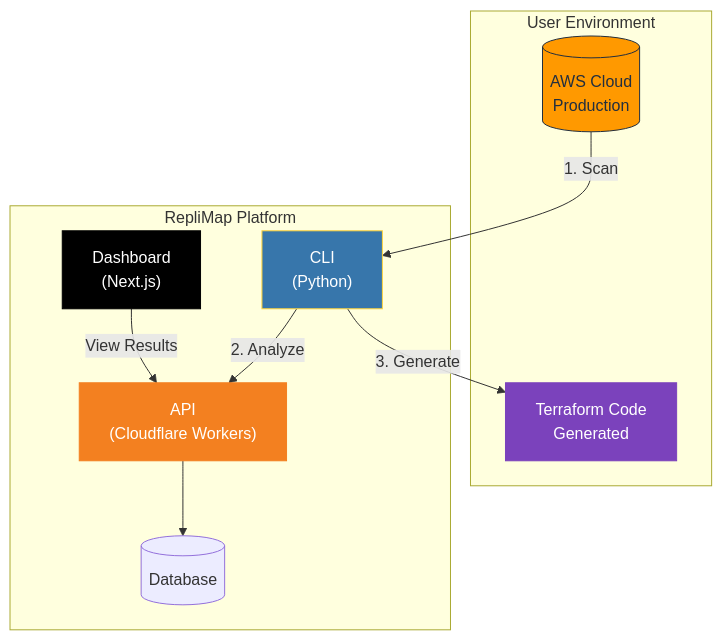
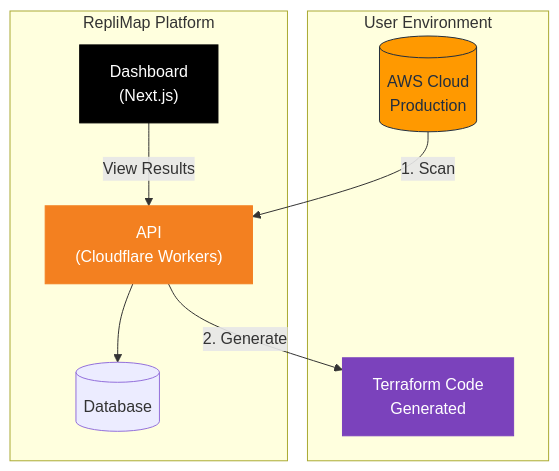
Before and after one commit to RepliMap/replimap-mono: the diagram in README.md, drawn with Mermaid. The commit also changed other lines of this file and 10 other files, not shown here.

````diff
--- a/README.md
+++ b/README.md
@@ -30,26 +26,23 @@
 ```mermaid
 graph TB
     subgraph "User Environment"
         AWS[("AWS Cloud<br/>Production")]
         TF["Terraform Code<br/>Generated"]
     end
 
     subgraph "RepliMap Platform"
-        CLI["CLI<br/>(Python)"]
         API["API<br/>(Cloudflare Workers)"]
         WEB["Dashboard<br/>(Next.js)"]
         DB[("Database")]
     end
 
-    AWS -->|"1. Scan"| CLI
-    CLI -->|"2. Analyze"| API
+    AWS -->|"1. Scan"| API
     API --> DB
-    CLI -->|"3. Generate"| TF
+    API -->|"2. Generate"| TF
     WEB -->|"View Results"| API
 
     style AWS fill:#FF9900,stroke:#232F3E,color:#232F3E
-    style CLI fill:#3776AB,stroke:#FFD43B,color:white
     style API fill:#F38020,stroke:#F38020,color:white
     style WEB fill:#000000,stroke:#000000,color:white
     style TF fill:#7B42BC,stroke:#7B42BC,color:white
 ```
````
